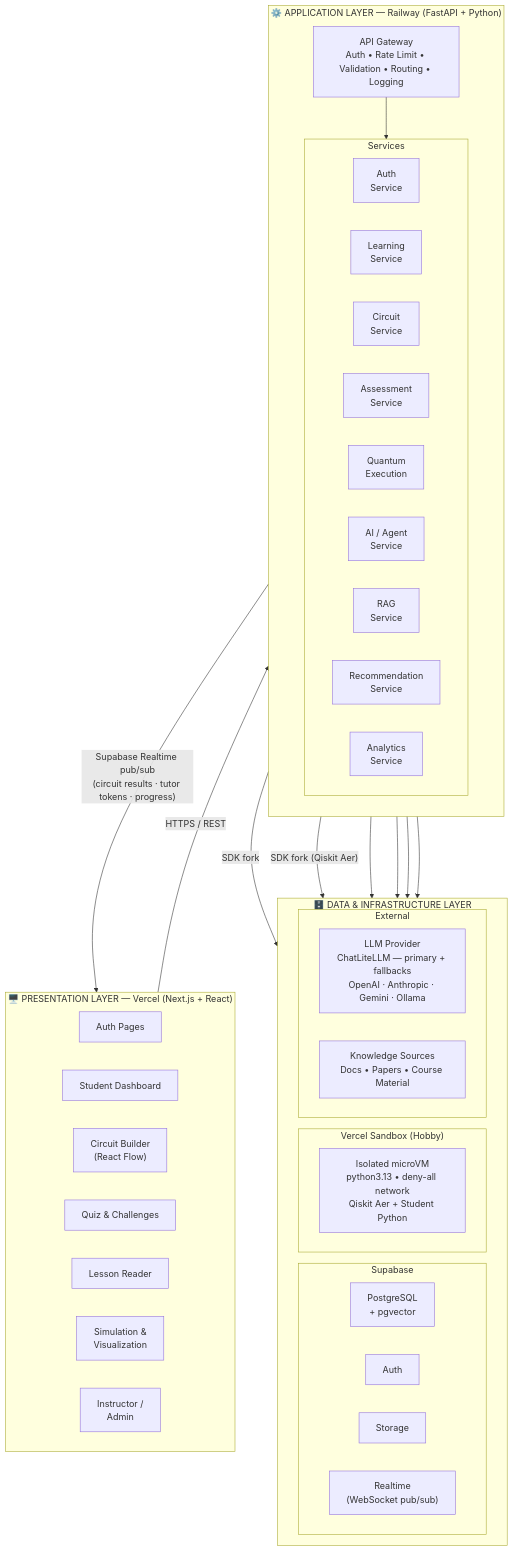
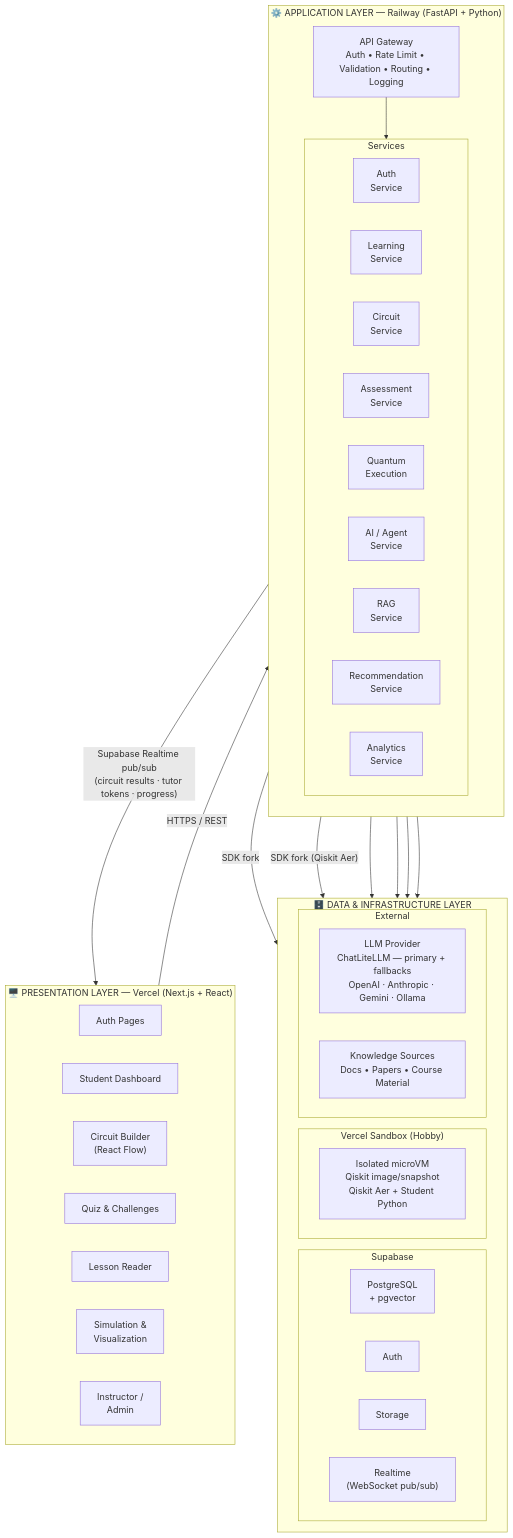
One commit to qphase-ai/Q-Learn changed the first of 5 diagrams in Project.md. Above: the diagram before and after it, drawn with Mermaid. The commit also changed other lines of this file and 21 other files, not shown here.

````diff
--- a/Project.md
+++ b/Project.md
@@ -144,61 +144,61 @@
 ```mermaid
 flowchart TD
     subgraph PRESENTATION["🖥️ PRESENTATION LAYER — Vercel (Next.js + React)"]
         direction LR
         Auth["Auth Pages"]
         Dashboard["Student Dashboard"]
         CircuitUI["Circuit Builder\n(React Flow)"]
         Quiz["Quiz & Challenges"]
         Lesson["Lesson Reader"]
         Sim["Simulation &\nVisualization"]
         Instructor["Instructor /\nAdmin"]
     end
 
     subgraph APPLICATION["⚙️ APPLICATION LAYER — Railway (FastAPI + Python)"]
         direction TB
         GW["API Gateway\nAuth • Rate Limit • Validation • Routing • Logging"]
 
         subgraph SERVICES["Services"]
             direction LR
             AuthSvc["Auth\nService"]
             LearnSvc["Learning\nService"]
             CircuitSvc["Circuit\nService"]
             AssessSvc["Assessment\nService"]
             QuantumSvc["Quantum\nExecution"]
             AgentSvc["AI / Agent\nService"]
             RAGSvc["RAG\nService"]
             RecSvc["Recommendation\nService"]
             Analytics["Analytics\nService"]
         end
 
         GW --> SERVICES
     end
 
     subgraph DATA["🗄️ DATA & INFRASTRUCTURE LAYER"]
         direction LR
         subgraph Supabase["Supabase"]
             DB["PostgreSQL\n+ pgvector"]
             SupaAuth["Auth"]
             Storage["Storage"]
             Realtime["Realtime\n(WebSocket pub/sub)"]
         end
 
         subgraph VercelSandbox["Vercel Sandbox (Hobby)"]
-            MicroVM["Isolated microVM\npython3.13 • deny-all network\nQiskit Aer + Student Python"]
+            MicroVM["Isolated microVM\nQiskit image/snapshot\nQiskit Aer + Student Python"]
         end
 
         subgraph External["External"]
             LLM["LLM Provider\nChatLiteLLM — primary + fallbacks\nOpenAI · Anthropic · Gemini · Ollama"]
             KnowledgeBase["Knowledge Sources\nDocs • Papers • Course Material"]
         end
     end
 
     PRESENTATION -- "HTTPS / REST" --> APPLICATION
     APPLICATION -- "Supabase Realtime pub/sub\n(circuit results · tutor tokens · progress)" --> PRESENTATION
     APPLICATION --> DATA
     AgentSvc -- "SDK fork" --> MicroVM
     QuantumSvc -- "SDK fork (Qiskit Aer)" --> MicroVM
     RAGSvc --> LLM
     RAGSvc --> KnowledgeBase
     RAGSvc --> DB
 ```
````
